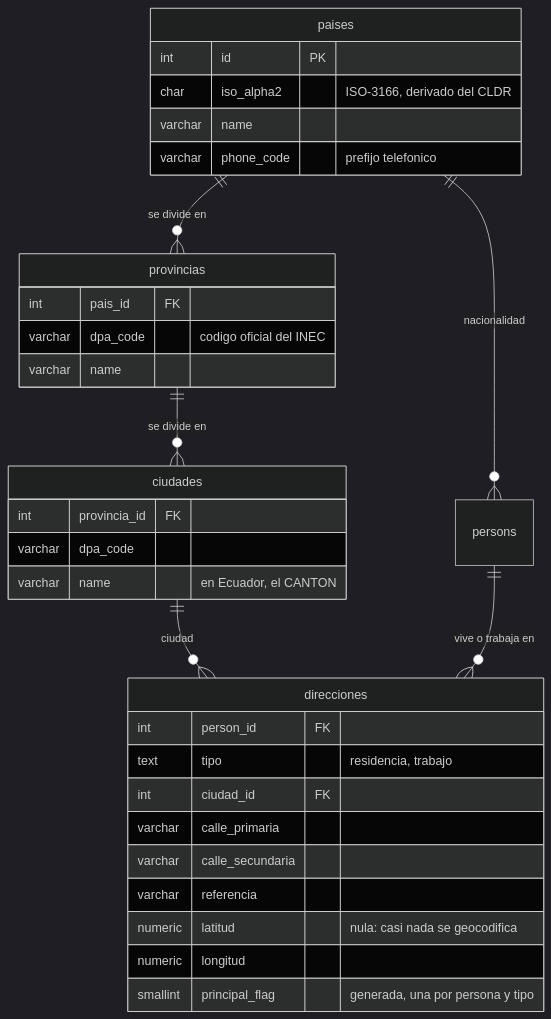
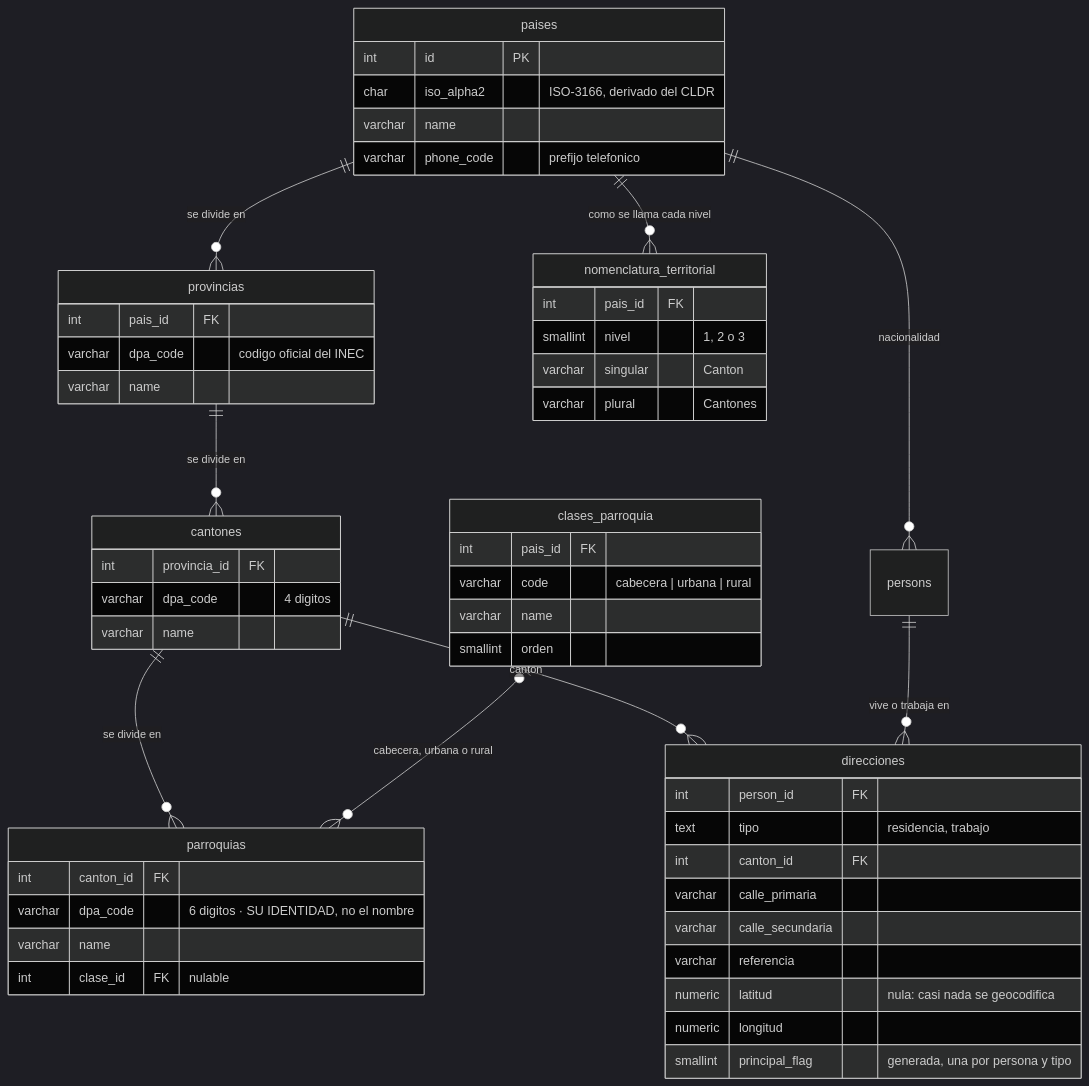
Before and after one commit to fresvel/deasy: the third of 4 diagrams in docs/src/content/docs/modelo/organizacion.md, drawn with Mermaid (dark theme). The commit also changed other lines of this file and 33 other files, not shown here.

````diff
--- a/docs/src/content/docs/modelo/organizacion.md
+++ b/docs/src/content/docs/modelo/organizacion.md
@@ -475,36 +484,57 @@
 ```mermaid
 erDiagram
   paises ||--o{ provincias : "se divide en"
-  provincias ||--o{ ciudades : "se divide en"
-  ciudades ||--o{ direcciones : "ciudad"
+  provincias ||--o{ cantones : "se divide en"
+  cantones ||--o{ parroquias : "se divide en"
+  clases_parroquia |o--o{ parroquias : "cabecera, urbana o rural"
+  paises ||--o{ nomenclatura_territorial : "como se llama cada nivel"
+  cantones ||--o{ direcciones : "canton"
   persons ||--o{ direcciones : "vive o trabaja en"
   paises ||--o{ persons : "nacionalidad"
 
   direcciones {
     int person_id FK
     text tipo "residencia, trabajo"
-    int ciudad_id FK
+    int canton_id FK
     varchar calle_primaria
     varchar calle_secundaria
     varchar referencia
     numeric latitud "nula: casi nada se geocodifica"
     numeric longitud
     smallint principal_flag "generada, una por persona y tipo"
   }
   paises {
     int id PK
     char iso_alpha2 "ISO-3166, derivado del CLDR"
     varchar name
     varchar phone_code "prefijo telefonico"
   }
   provincias {
     int pais_id FK
     varchar dpa_code "codigo oficial del INEC"
     varchar name
   }
-  ciudades {
+  cantones {
     int provincia_id FK
-    varchar dpa_code
-    varchar name "en Ecuador, el CANTON"
+    varchar dpa_code "4 digitos"
+    varchar name
+  }
+  parroquias {
+    int canton_id FK
+    varchar dpa_code "6 digitos · SU IDENTIDAD, no el nombre"
+    varchar name
+    int clase_id FK "nulable"
+  }
+  clases_parroquia {
+    int pais_id FK
+    varchar code "cabecera | urbana | rural"
+    varchar name
+    smallint orden
+  }
+  nomenclatura_territorial {
+    int pais_id FK
+    smallint nivel "1, 2 o 3"
+    varchar singular "Canton"
+    varchar plural "Cantones"
   }
 ```
````
